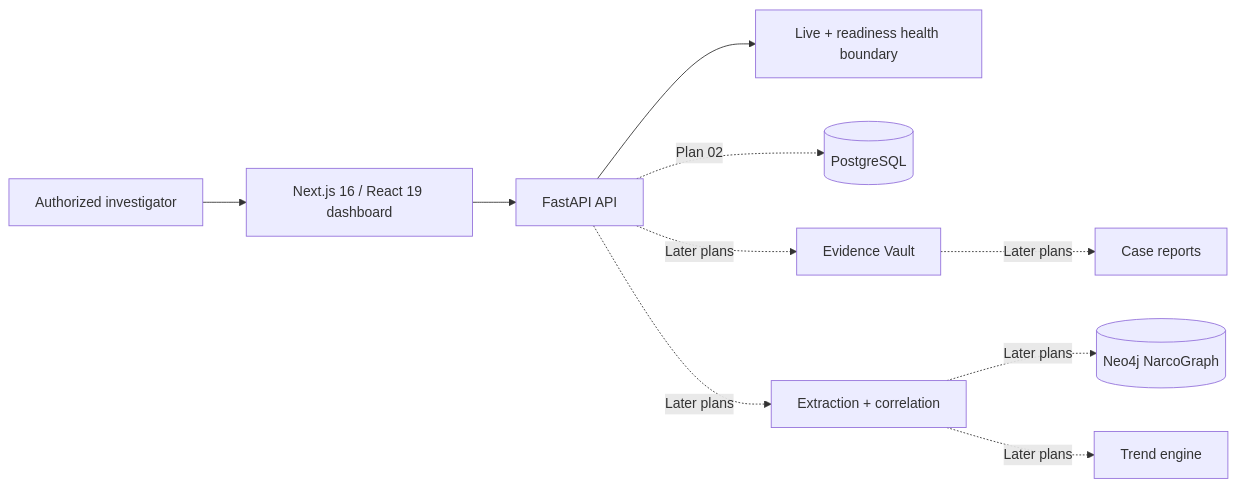
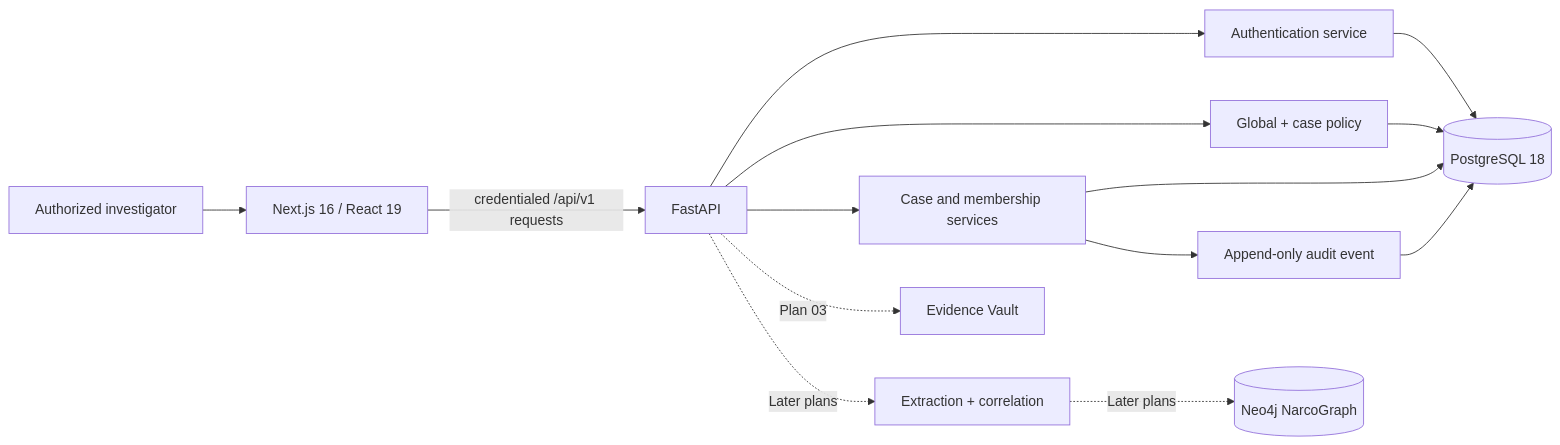
The diagram in README.md (jrdevadattan/darknetra), drawn with Mermaid before and after one commit. The commit also changed other lines of this file, not shown here.

Commit message:
docs: update README for authenticated Plan 02 runtime

````diff
--- a/README.md
+++ b/README.md
@@ -206,13 +70,17 @@
 ```mermaid
 flowchart LR
-    I[Authorized investigator] --> W[Next.js 16 / React 19 dashboard]
-    W --> A[FastAPI API]
-    A --> H[Live + readiness health boundary]
+    I[Authorized investigator] --> W[Next.js 16 / React 19]
+    W -->|credentialed /api/v1 requests| A[FastAPI]
+    A --> AU[Authentication service]
+    A --> P[Global + case policy]
+    A --> C[Case and membership services]
+    AU --> DB[(PostgreSQL 18)]
+    P --> DB
+    C --> DB
+    C --> AE[Append-only audit event]
+    AE --> DB
 
-    A -. Plan 02 .-> P[(PostgreSQL)]
-    A -. Later plans .-> EV[Evidence Vault]
+    A -. Plan 03 .-> EV[Evidence Vault]
     A -. Later plans .-> AN[Extraction + correlation]
     AN -. Later plans .-> G[(Neo4j NarcoGraph)]
-    AN -. Later plans .-> T[Trend engine]
-    EV -. Later plans .-> R[Case reports]
 ```
````
